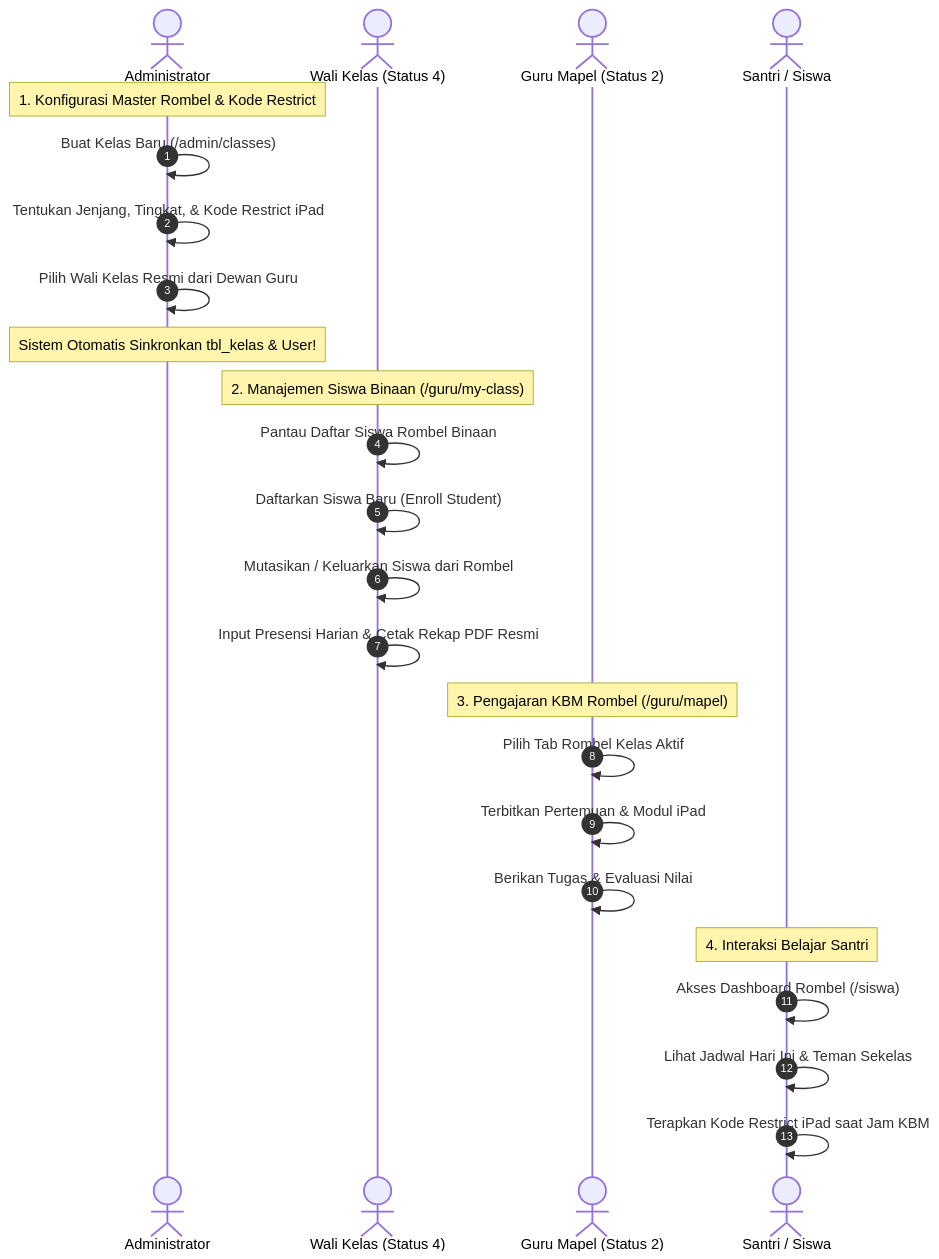
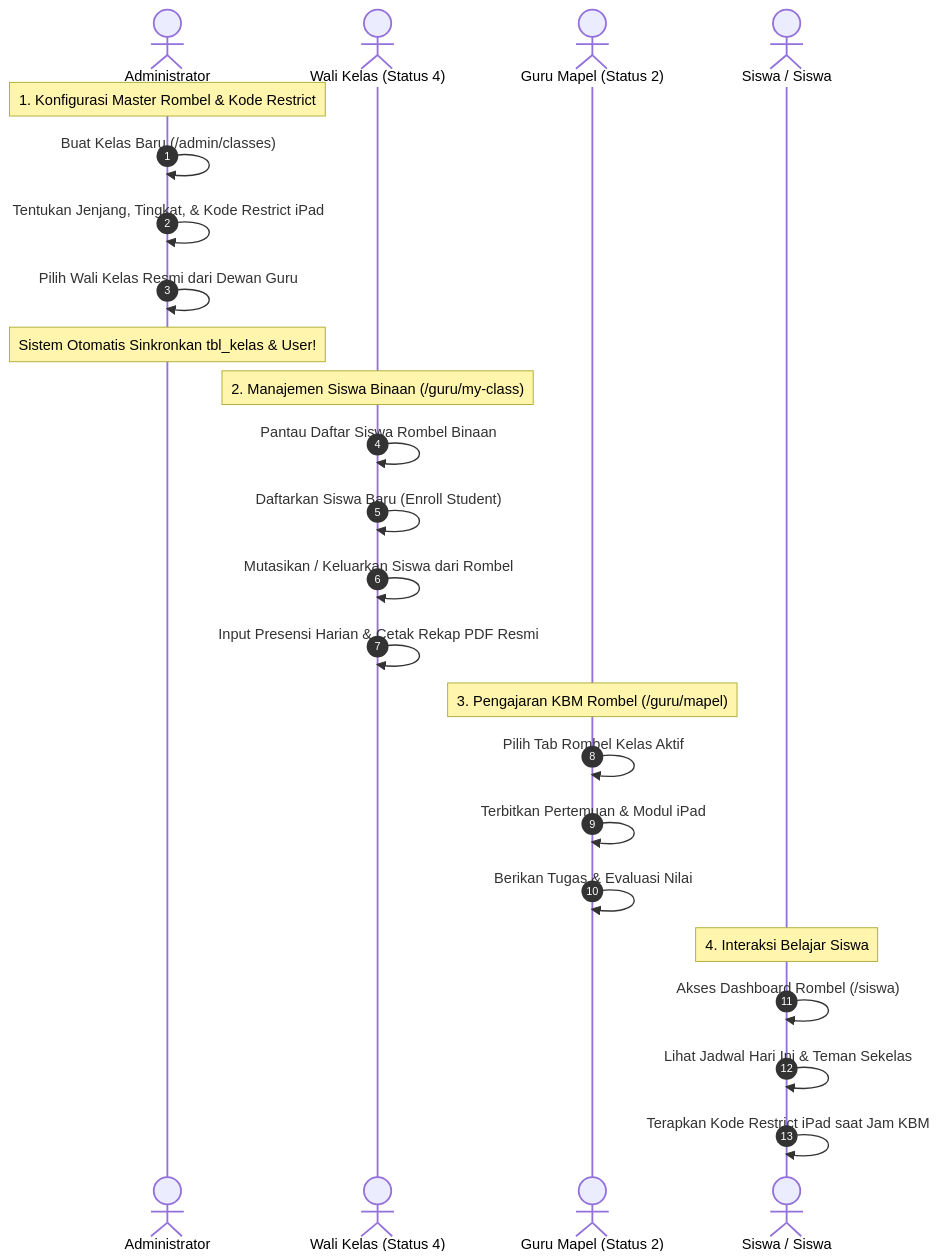
The second of 2 diagrams in docs/workflows/workflow-kelas.md (Rianpedia-dev/student-apps), drawn with Mermaid before and after one commit. The commit also changed other lines of this file and 47 other files, not shown here.

````diff
--- a/docs/workflows/workflow-kelas.md
+++ b/docs/workflows/workflow-kelas.md
@@ -71,30 +71,30 @@
 ```mermaid
 sequenceDiagram
     autonumber
     actor Admin as Administrator
     actor Wali as Wali Kelas (Status 4)
     actor GuruMapel as Guru Mapel (Status 2)
-    actor Siswa as Santri / Siswa
+    actor Siswa as Siswa / Siswa
 
     Note over Admin: 1. Konfigurasi Master Rombel & Kode Restrict
     Admin->>Admin: Buat Kelas Baru (/admin/classes)
     Admin->>Admin: Tentukan Jenjang, Tingkat, & Kode Restrict iPad
     Admin->>Admin: Pilih Wali Kelas Resmi dari Dewan Guru
     Note over Admin: Sistem Otomatis Sinkronkan tbl_kelas & User!
 
     Note over Wali: 2. Manajemen Siswa Binaan (/guru/my-class)
     Wali->>Wali: Pantau Daftar Siswa Rombel Binaan
     Wali->>Wali: Daftarkan Siswa Baru (Enroll Student)
     Wali->>Wali: Mutasikan / Keluarkan Siswa dari Rombel
     Wali->>Wali: Input Presensi Harian & Cetak Rekap PDF Resmi
 
     Note over GuruMapel: 3. Pengajaran KBM Rombel (/guru/mapel)
     GuruMapel->>GuruMapel: Pilih Tab Rombel Kelas Aktif
     GuruMapel->>GuruMapel: Terbitkan Pertemuan & Modul iPad
     GuruMapel->>GuruMapel: Berikan Tugas & Evaluasi Nilai
 
-    Note over Siswa: 4. Interaksi Belajar Santri
+    Note over Siswa: 4. Interaksi Belajar Siswa
     Siswa->>Siswa: Akses Dashboard Rombel (/siswa)
     Siswa->>Siswa: Lihat Jadwal Hari Ini & Teman Sekelas
     Siswa->>Siswa: Terapkan Kode Restrict iPad saat Jam KBM
 ```
````
